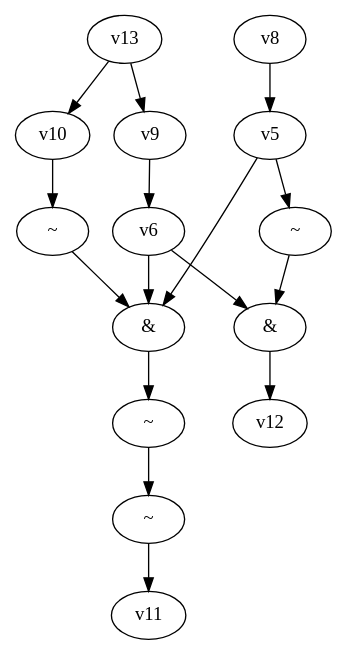
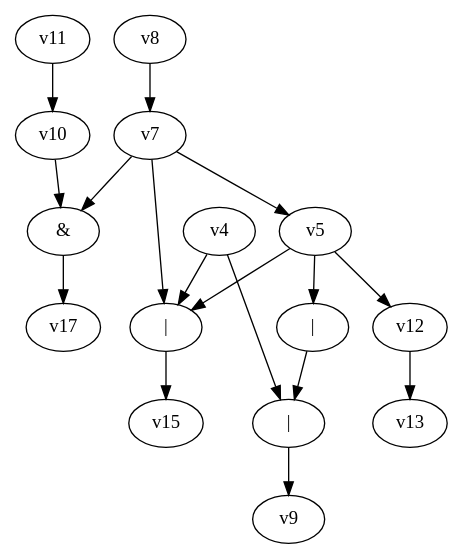
The diagram in dot_files/random_bool_circ.dot (yadej/graph_project), drawn with Graphviz before and after one commit. The commit also changed 1 other file, not shown here.

```diff
--- a/dot_files/random_bool_circ.dot
+++ b/dot_files/random_bool_circ.dot
@@ -1,23 +1,19 @@
 digraph G { 
-v0 [label="~"]; 
-v1 [label="~"]; 
-v2 [label="&"]; 
-v3 [label="~"]; 
-v4 [label="&"]; 
-v7 [label="~"]; 
-v0 -> v11;
+v0 [label="|"]; 
+v1 [label="|"]; 
+v14 [label="|"]; 
+v16 [label="&"]; 
+v0 -> v9;
 v1 -> v0;
-v2 -> v12;
-v3 -> v2;
-v4 -> v1;
-v5 -> v3;
-v5 -> v4;
-v6 -> v2;
-v6 -> v4;
-v7 -> v4;
-v8 -> v5;
-v9 -> v6;
-v10 -> v7;
-v13 -> v9;
-v13 -> v10;
+v4 -> v0;
+v4 -> v14 -> v15;
+v5 -> v1;
+v5 -> v12 -> v13;
+v5 -> v14;
+v7 -> v5;
+v7 -> v14;
+v7 -> v16 -> v17;
+v8 -> v7;
+v10 -> v16;
+v11 -> v10;
 }
```
